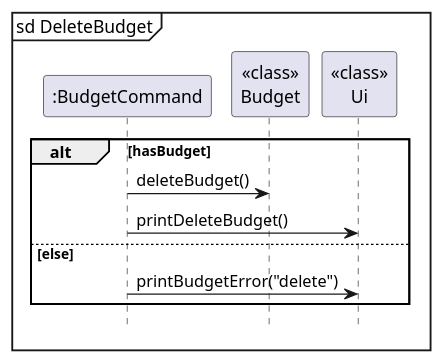
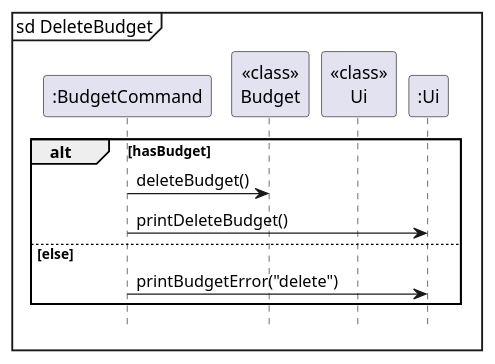
Before and after one commit to nus-cs2113-AY2324S1/tp: the diagram in docs/diagrams/deleteBudget.puml, drawn with PlantUML. The commit also changed 8 other files, not shown here.

```diff
--- a/docs/diagrams/deleteBudget.puml
+++ b/docs/diagrams/deleteBudget.puml
@@ -1,16 +1,17 @@
 @startuml
 
 mainframe sd DeleteBudget
 participant ":BudgetCommand" as BudgetCommand
 participant "<<class>>\nBudget" as Budget
-participant "<<class>>\nUi" as Ui
+participant "<<class>>\nUi" as UiClass
+participant ":Ui" as Ui
 
 alt hasBudget
     BudgetCommand -> Budget: deleteBudget()
     BudgetCommand -> Ui: printDeleteBudget()
 else else
     BudgetCommand -> Ui: printBudgetError("delete")
 end
 
 hide footbox
 @enduml
```
